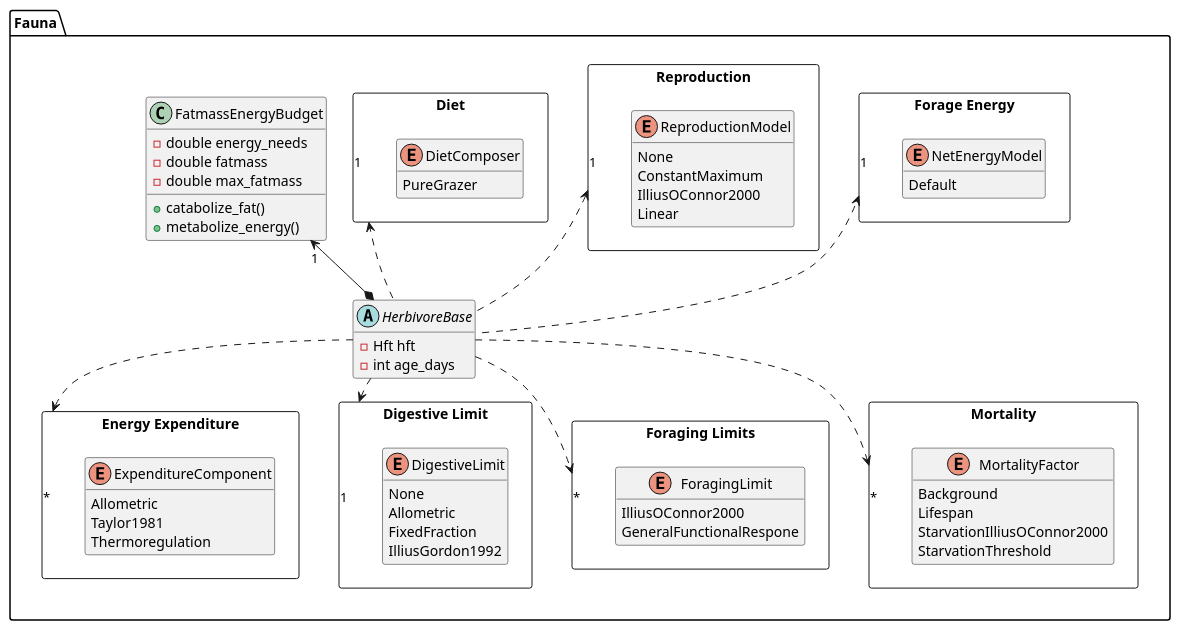
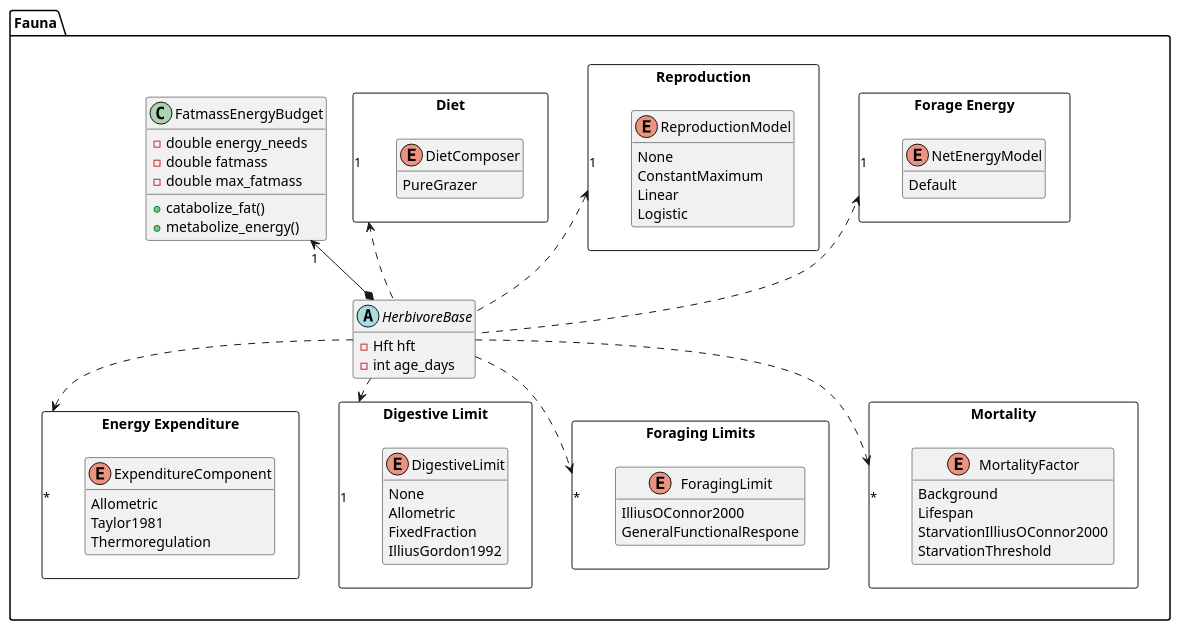
Before and after one commit to wtraylor/modular_megafauna_model: the sixth of 13 diagrams in docs/diagrams.iuml, drawn with PlantUML. The commit also changed 8 other files, not shown here.

First line of the commit message:
Rename ReproductionModel::IlliusOConnor2000

```diff
--- a/docs/diagrams.iuml
+++ b/docs/diagrams.iuml
@@ -120,72 +120,72 @@
 @startuml (id=herbivorebase_compartments)
   hide methods
   namespace Fauna{
   abstract HerbivoreBase{
     -Hft hft
     -int age_days
   }
   class FatmassEnergyBudget{
     +catabolize_fat()
     +metabolize_energy()
     -double energy_needs
     -double fatmass
     -double max_fatmass
   }
   show FatmassEnergyBudget methods
   HerbivoreBase *-up-> "1" FatmassEnergyBudget
   package "Forage Energy" <<rectangle>> {
     enum NetEnergyModel{
       Default
     }
   }
   HerbivoreBase .up.> "1" "Forage Energy"
   package "Reproduction" <<rectangle>> {
     enum ReproductionModel{
       None
       ConstantMaximum
-      IlliusOConnor2000
       Linear
+      Logistic
     }
   }
   HerbivoreBase .up.> "1" "Reproduction"
   package "Diet" <<rectangle>> {
     enum DietComposer{
       PureGrazer
     }
   }
   HerbivoreBase  .up.> "1" "Diet"
   package "Energy Expenditure" <<rectangle>>  {
     enum ExpenditureComponent{
       Allometric
       Taylor1981
       Thermoregulation
     }
   }
   HerbivoreBase  ..> "*" "Energy Expenditure"
     package "Digestive Limit" <<rectangle>>  {
     enum DigestiveLimit{
       None
       Allometric
       FixedFraction
       IlliusGordon1992
     }
   }
   HerbivoreBase  ..> "1" "Digestive Limit"
   package "Foraging Limits" <<rectangle>>  {
     enum ForagingLimit{
       IlliusOConnor2000
       GeneralFunctionalRespone
     }
   }
   HerbivoreBase  ..> "*" "Foraging Limits"
   package "Mortality" <<rectangle>> {
     enum MortalityFactor{
       Background
       Lifespan
       StarvationIlliusOConnor2000
       StarvationThreshold
     }
   }
   HerbivoreBase ..> "*" "Mortality"
   }
 @enduml
```
